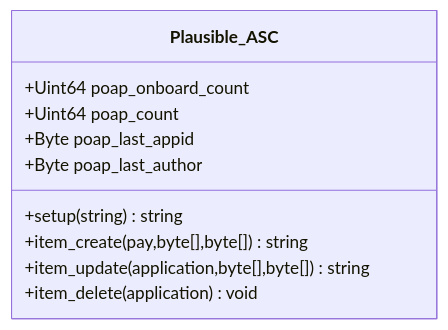
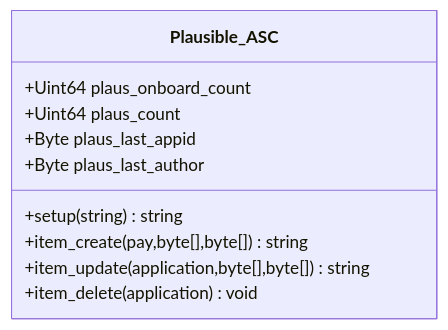
The seventh of 8 diagrams in profile/README.md (GoPlausible/.github), drawn with Mermaid before and after one commit. The commit also changed other lines of this file, not shown here.

````diff
--- a/profile/README.md
+++ b/profile/README.md
@@ -322,14 +322,14 @@
 ```mermaid
   classDiagram
     class Plausible_ASC
-    Plausible_ASC : +Uint64 poap_onboard_count
-    Plausible_ASC : +Uint64 poap_count
-    Plausible_ASC : +Byte poap_last_appid
-    Plausible_ASC : +Byte poap_last_author
+    Plausible_ASC : +Uint64 plaus_onboard_count
+    Plausible_ASC : +Uint64 plaus_count
+    Plausible_ASC : +Byte plaus_last_appid
+    Plausible_ASC : +Byte plaus_last_author
     Plausible_ASC : +setup(string)string
     Plausible_ASC : +item_create(pay,byte[],byte[])string
     Plausible_ASC : +item_update(application,byte[],byte[])string
     Plausible_ASC : +item_delete(application)void
 
     
 ```
````
